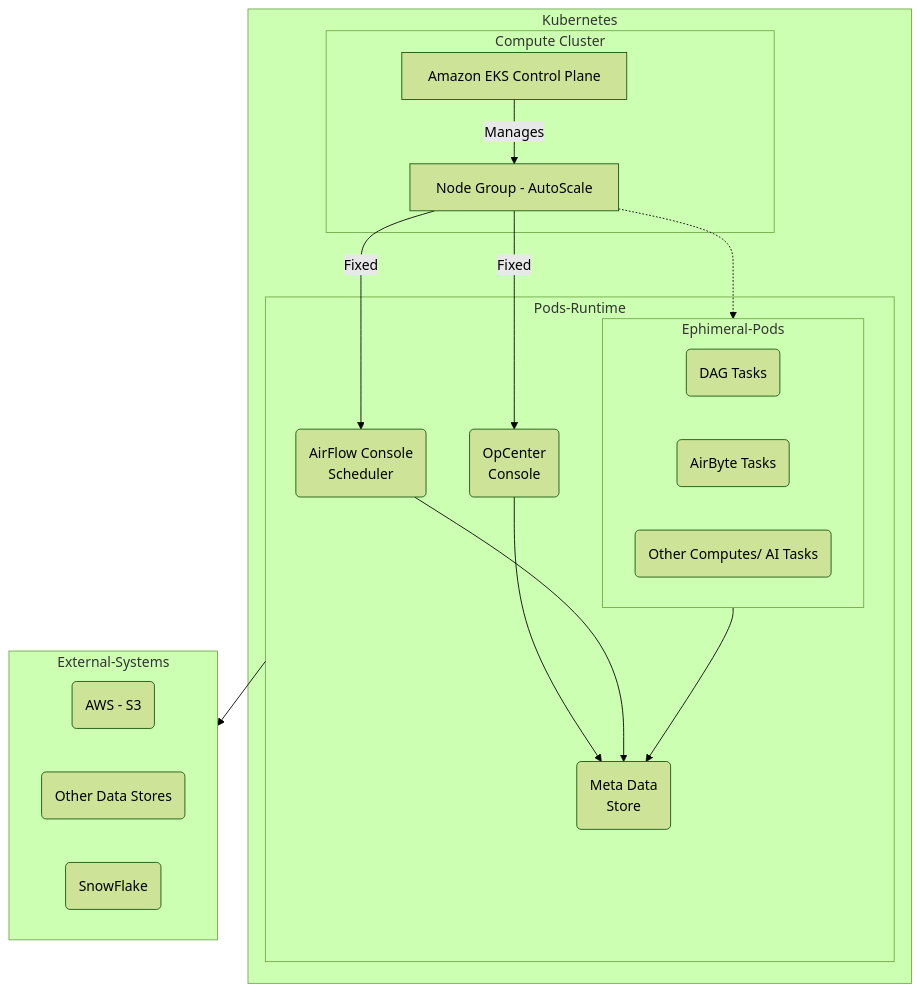
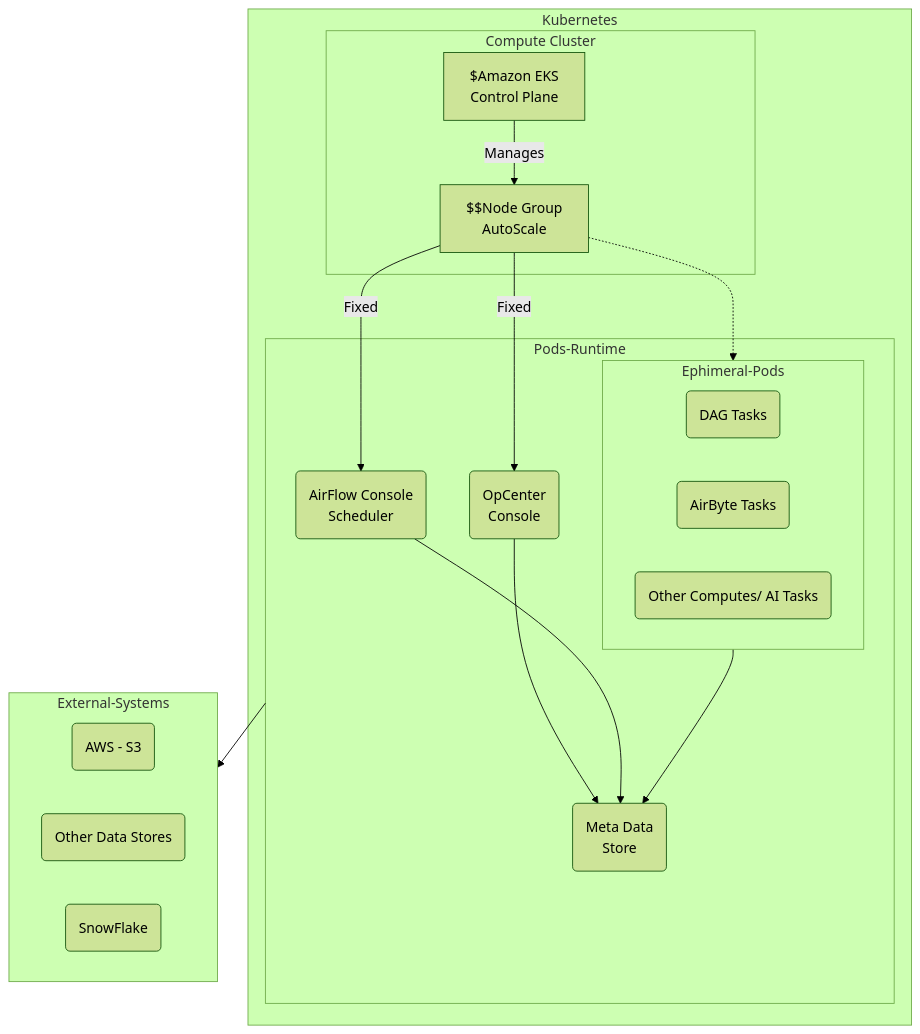
Before and after one commit to peddadap/design_templates: the eighth of 8 diagrams in README.md, drawn with Mermaid (forest theme).

````diff
--- a/README.md
+++ b/README.md
@@ -297,38 +297,37 @@
 ```mermaid
 graph TD
     subgraph Kubernetes
         subgraph Compute Cluster
-            A1[Amazon EKS Control Plane]
-            A2[Node Group - AutoScale ]
+            A1[$Amazon EKS \n Control Plane]
+            A2[$$Node Group \n AutoScale ]
 
         end
 
         subgraph Pods-Runtime
             B1(AirFlow Console \n Scheduler)
             B2(Meta Data \n Store)
-            B3(OpCenter
-            Console)
+            B3(OpCenter \n Console)
             subgraph Ephimeral-Pods
                 C1(DAG Tasks)
                 C2(AirByte Tasks)
                 C3( Other Computes/ AI Tasks )
 
             end
         end
     end
     subgraph External-Systems
         D1(AWS - S3)
         D2(Other Data Stores)
         D3(SnowFlake)
     end
 
   A1-->|Manages| A2
   A2 -->|Fixed| B1
   A2-->|Fixed|B3
   A2-.->Ephimeral-Pods
   B3-->B2
   B1-->B2
   Ephimeral-Pods-->B2
   Pods-Runtime -->External-Systems
 
 ```
````
